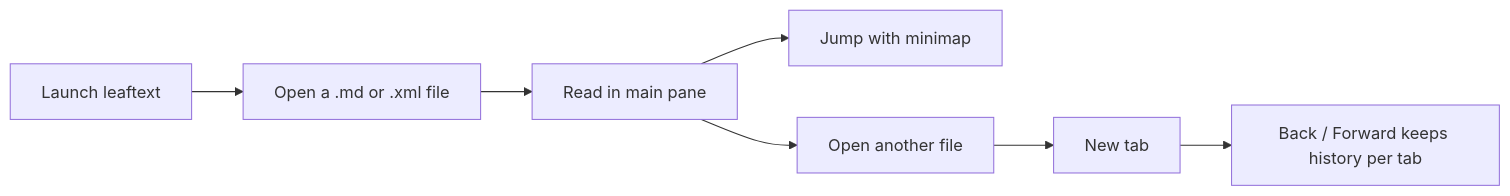
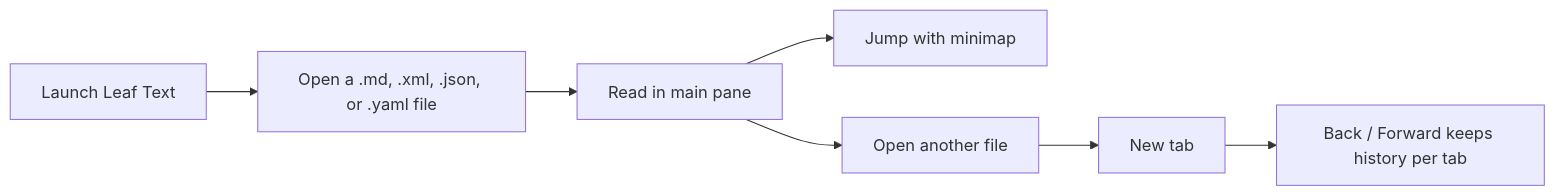
One commit to ryanallen/leaftext changed the diagram in docs/03-quickstart.md. Above: the diagram before and after it, drawn with Mermaid. The commit also changed other lines of this file and 33 other files, not shown here.

First line of the commit message:
Render JSON and YAML documents, and drop the unmaintained yaml-rust

````diff
--- a/docs/03-quickstart.md
+++ b/docs/03-quickstart.md
@@ -17,9 +17,9 @@
 ```mermaid
 flowchart LR
-    A[Launch leaftext] --> B[Open a .md or .xml file]
+    A[Launch Leaf Text] --> B[Open a .md, .xml, .json, or .yaml file]
     B --> C[Read in main pane]
     C --> D[Jump with minimap]
     C --> E[Open another file]
     E --> F[New tab]
     F --> G[Back / Forward keeps history per tab]
 ```
````
